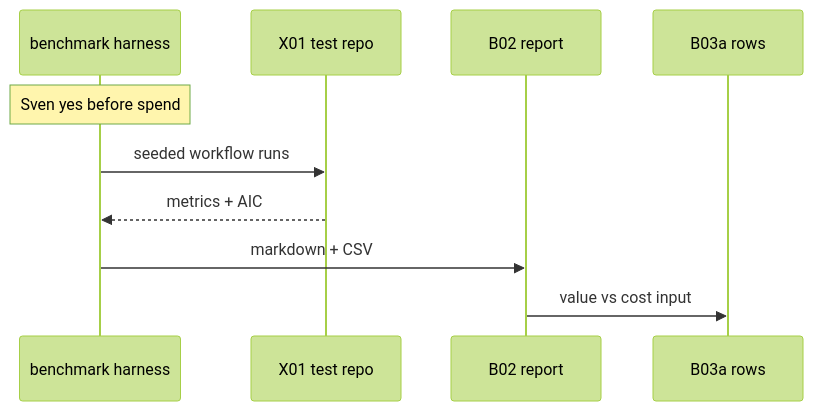
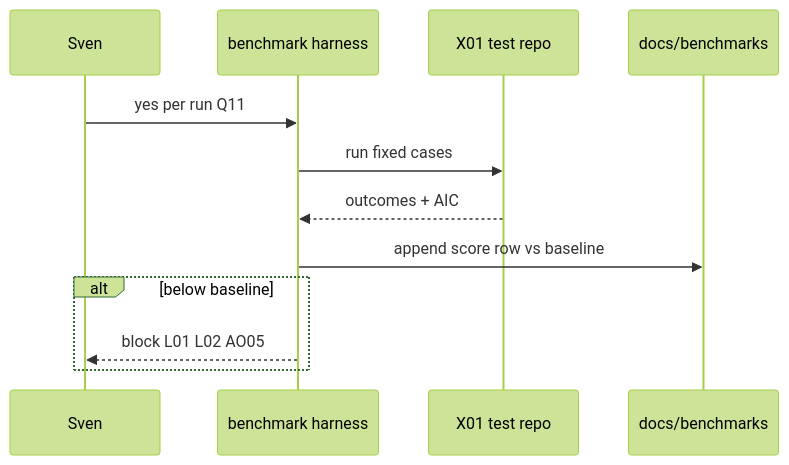
The first of 2 diagrams in docs/pbi/testing/X07-workflow-benchmark.md (svennijhuis/agentic-workflows), drawn with Mermaid (forest theme) before and after one commit. The commit also changed other lines of this file and 99 other files, not shown here.

````diff
--- a/docs/pbi/testing/X07-workflow-benchmark.md
+++ b/docs/pbi/testing/X07-workflow-benchmark.md
@@ -29,12 +34,14 @@
 ```mermaid
 sequenceDiagram
+  participant S as Sven
   participant H as benchmark harness
   participant X as X01 test repo
-  participant B2 as B02 report
-  participant B3a as B03a rows
-  Note over H: Sven yes before spend
-  H->>X: seeded workflow runs
-  X-->>H: metrics + AIC
-  H->>B2: markdown + CSV
-  B2->>B3a: value vs cost input
+  participant D as docs/benchmarks
+  S->>H: yes per run Q11
+  H->>X: run fixed cases
+  X-->>H: outcomes + AIC
+  H->>D: append score row vs baseline
+  alt below baseline
+    H-->>S: block L01 L02 AO05
+  end
 ```
````
